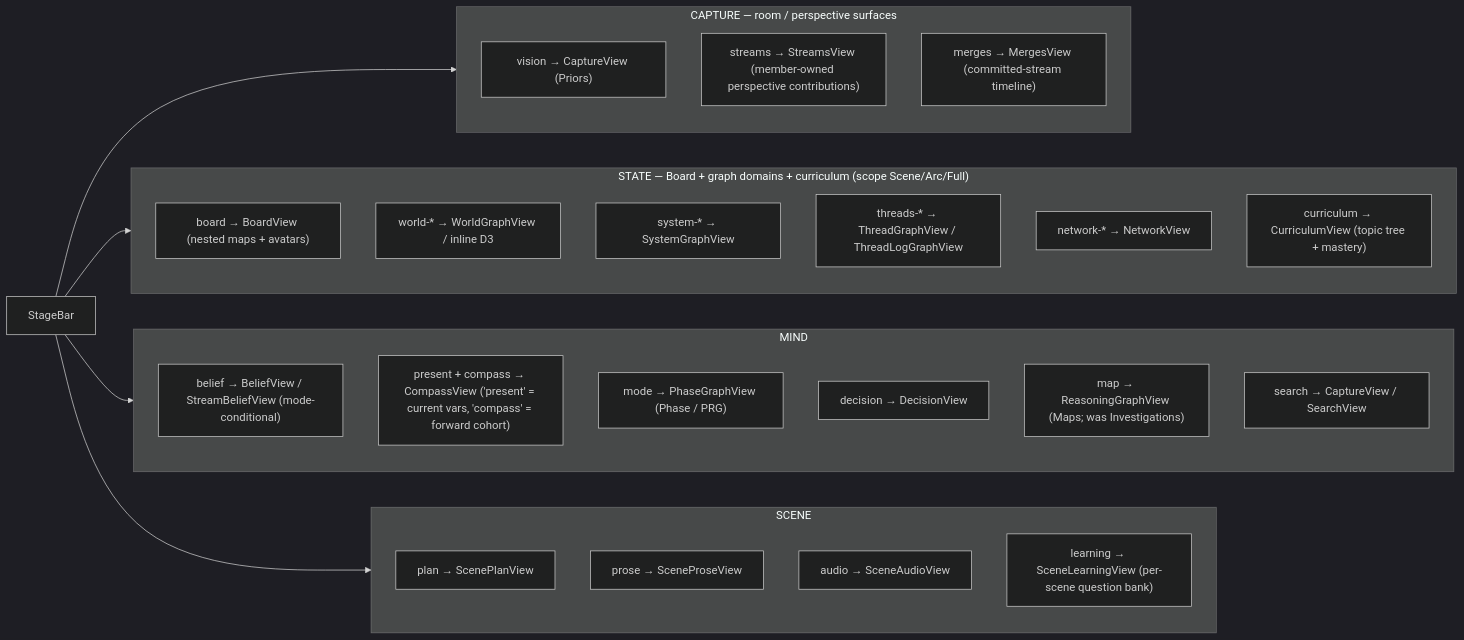
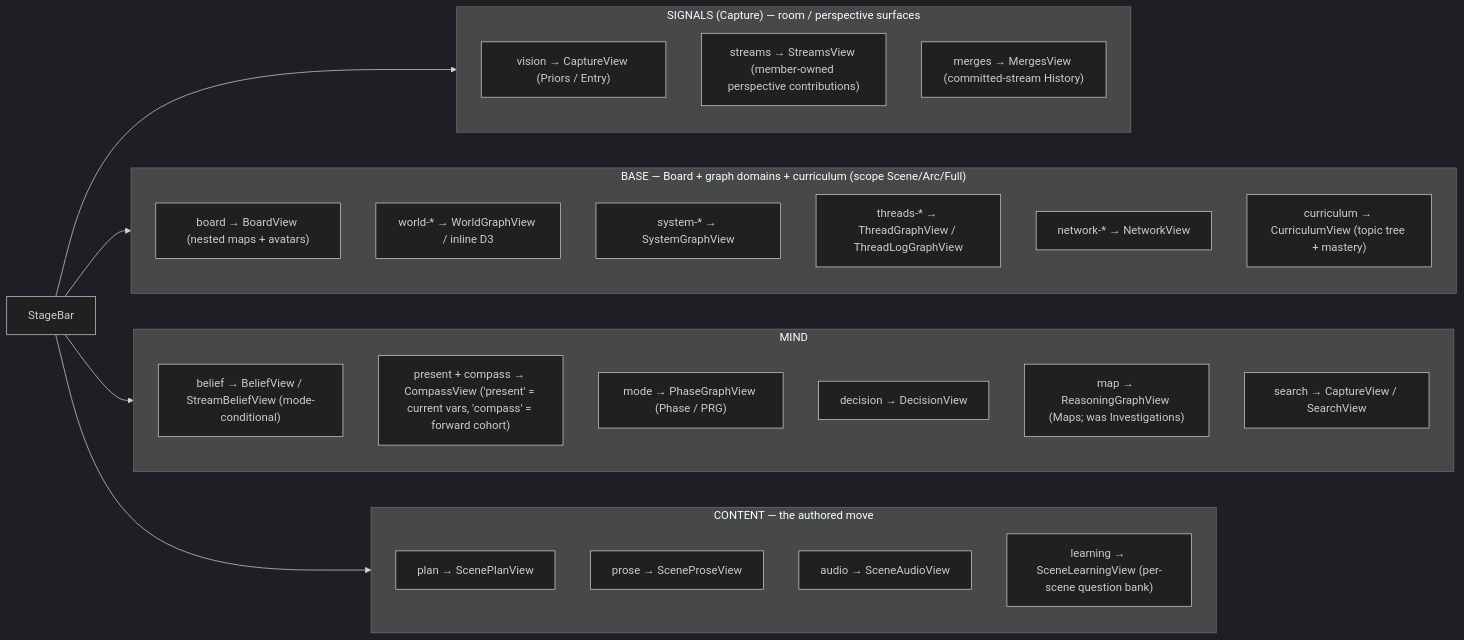
Before and after one commit to jasonyu0100/meridians: the third of 7 diagrams in MERMAID.md, drawn with Mermaid (dark theme). The commit also changed other lines of this file and 4 other files, not shown here.

First line of the commit message:
StageBar: rename clusters Signals/Base/Mind/Content; compact + wrap tabs; curriculum List default

````diff
--- a/MERMAID.md
+++ b/MERMAID.md
@@ -63,33 +63,33 @@
 ```mermaid
 flowchart LR
     CTB["StageBar"]
-    CTB --> Capture & State & Mind & Scene
+    CTB --> Signals & Base & Mind & Content
 
-    subgraph Capture["CAPTURE — room / perspective surfaces"]
-        d1["vision → CaptureView (Priors)"]
+    subgraph Signals["SIGNALS (Capture) — room / perspective surfaces"]
+        d1["vision → CaptureView (Priors / Entry)"]
         d2["streams → StreamsView (member-owned perspective contributions)"]
-        d3["merges → MergesView (committed-stream timeline)"]
+        d3["merges → MergesView (committed-stream History)"]
     end
-    subgraph State["STATE — Board + graph domains + curriculum (scope Scene/Arc/Full)"]
+    subgraph Base["BASE — Board + graph domains + curriculum (scope Scene/Arc/Full)"]
         b1["board → BoardView (nested maps + avatars)"]
         g1["world-* → WorldGraphView / inline D3"]
         g2["system-* → SystemGraphView"]
         g3["threads-* → ThreadGraphView / ThreadLogGraphView"]
         g4["network-* → NetworkView"]
         g5["curriculum → CurriculumView (topic tree + mastery)"]
     end
     subgraph Mind["MIND"]
         c1["belief → BeliefView / StreamBeliefView (mode-conditional)"]
         c2["present + compass → CompassView ('present' = current vars, 'compass' = forward cohort)"]
         c3["mode → PhaseGraphView (Phase / PRG)"]
         c4["decision → DecisionView"]
         c5["map → ReasoningGraphView (Maps; was Investigations)"]
         c6["search → CaptureView / SearchView"]
     end
-    subgraph Scene["SCENE"]
+    subgraph Content["CONTENT — the authored move"]
         s1["plan → ScenePlanView"]
         s2["prose → SceneProseView"]
         s3["audio → SceneAudioView"]
         s4["learning → SceneLearningView (per-scene question bank)"]
     end
 ```
````
